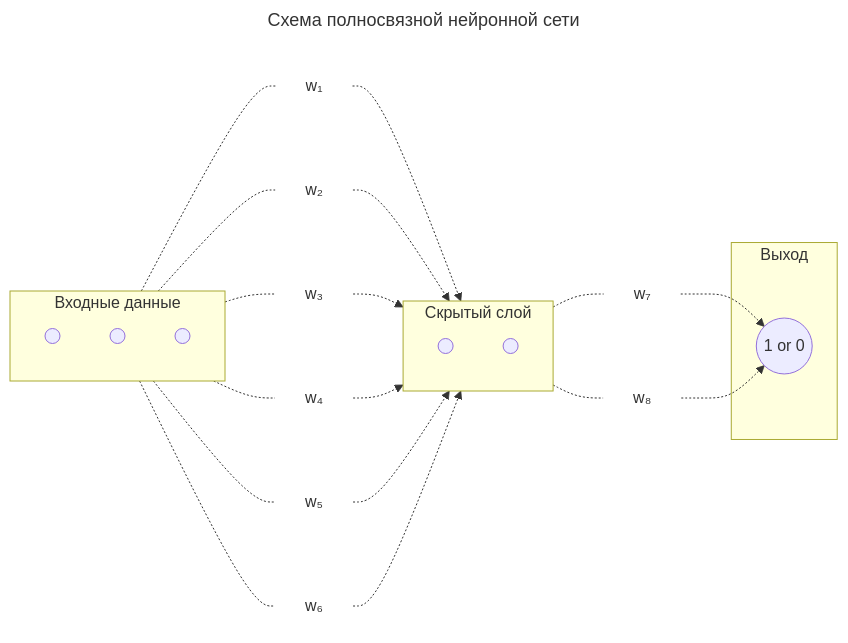
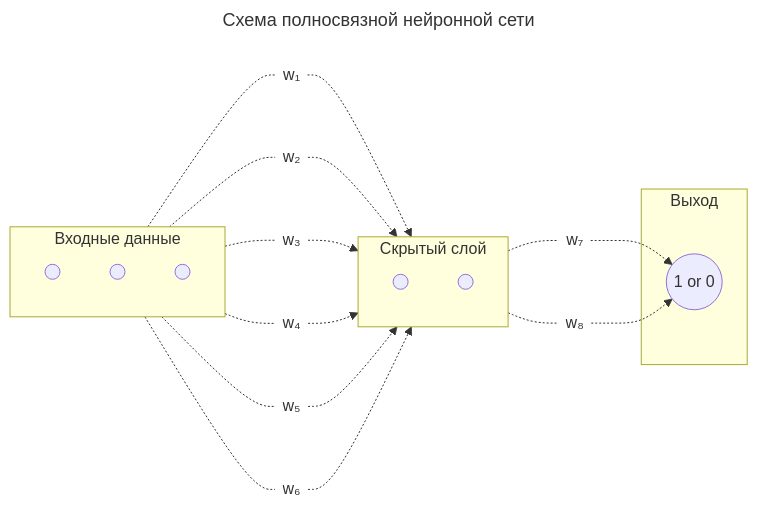
Before and after one commit to denisbolshakoff/Automation_of_prereview_of_scientific_manuscripts: the diagram in readme.md, drawn with Mermaid.

Commit message:
исправлен readme.md файл

````diff
--- a/readme.md
+++ b/readme.md
@@ -29,50 +29,50 @@
 ```mermaid
 ---
 title: Схема полносвязной нейронной сети
 ---
 
 graph LR
 
 classDef nofill fill:none, stroke:none;
 
 
     subgraph Clients[Входные данные]
         direction TB
 	 A1((" ")) 
 	 A2((" "))
 	 A3((" "))
  	end
 
 	subgraph Hidden[Скрытый слой]
 	direction TB
 	 B1((" "))
 	 B2((" "))
 	end
 
 	subgraph exit[Выход]
 	 C1(("1 or 0"))
 	end
 
 
-	L1["w₁"]:::nofill
-	L2["w₂"]:::nofill
-	L3["w₃"]:::nofill
-	L4["w₄"]:::nofill
-	L5["w₅"]:::nofill
-	L6["w₆"]:::nofill
-	L7["w₇"]:::nofill
-	L8["w₈"]:::nofill
+	L1(("w₁")):::nofill
+	L2(("w₂")):::nofill
+	L3(("w₃")):::nofill
+	L4(("w₄")):::nofill
+	L5(("w₅")):::nofill
+	L6(("w₆")):::nofill
+	L7(("w₇")):::nofill
+	L8(("w₈")):::nofill
 	
 	 A1 -.-L1-.-> B1
 	 A2 -.-L2-.-> B1
 	 A3 -.-L3-.-> B1
 
 	 A1-.-L4-.->B2
 	 A2-.-L5-.->B2
 	 A3-.-L6-.->B2
 
 
 	 B1-.-L7-.->C1(("1 or 0"))
 	 B2-.-L8-.->C1
 
 ```
````
